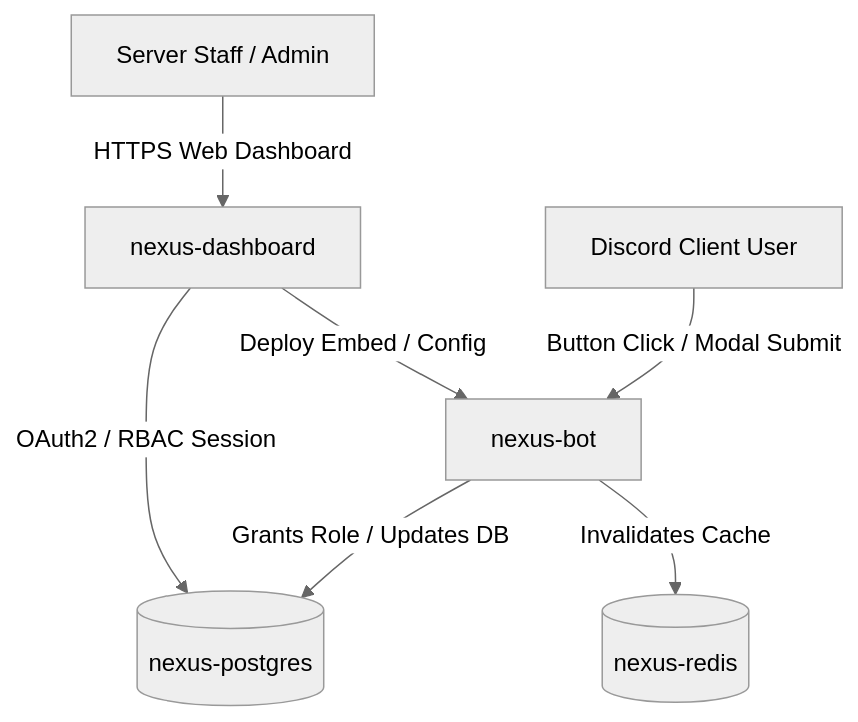
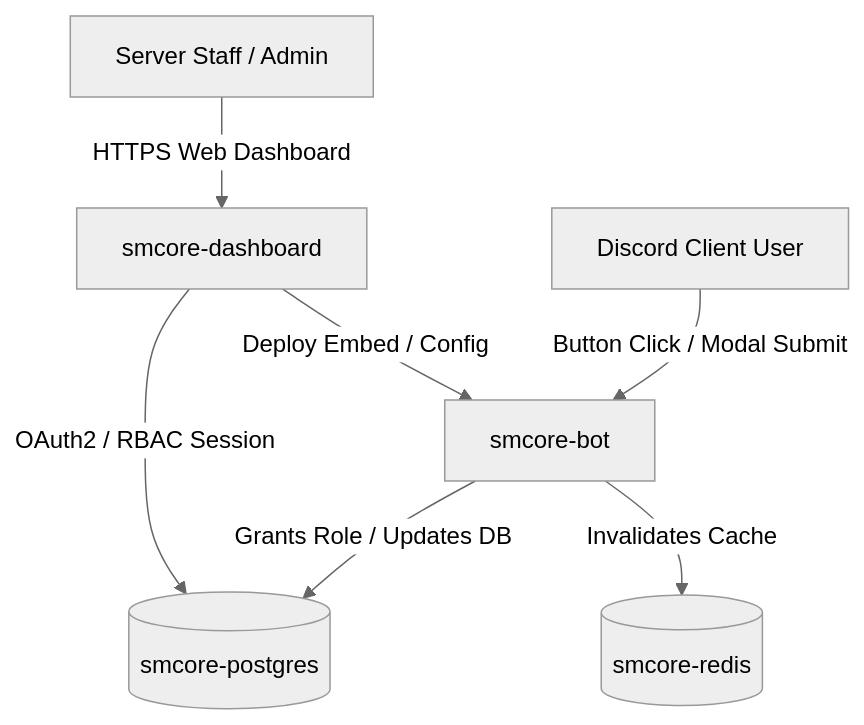
The diagram in ARCHITECTURE.md (SantoshM5050/SMcore), drawn with Mermaid (neutral theme) before and after one commit. The commit also changed other lines of this file and 25 other files, not shown here.

````diff
--- a/ARCHITECTURE.md
+++ b/ARCHITECTURE.md
@@ -7,9 +7,9 @@
 ```mermaid
 graph TD
-    A[Discord Client User] -->|Button Click / Modal Submit| B[nexus-bot]
-    B -->|Grants Role / Updates DB| C[(nexus-postgres)]
-    B -->|Invalidates Cache| D[(nexus-redis)]
-    E[Server Staff / Admin] -->|HTTPS Web Dashboard| F[nexus-dashboard]
+    A[Discord Client User] -->|Button Click / Modal Submit| B[smcore-bot]
+    B -->|Grants Role / Updates DB| C[(smcore-postgres)]
+    B -->|Invalidates Cache| D[(smcore-redis)]
+    E[Server Staff / Admin] -->|HTTPS Web Dashboard| F[smcore-dashboard]
     F -->|OAuth2 / RBAC Session| C
     F -->|Deploy Embed / Config| B
 ```
````
